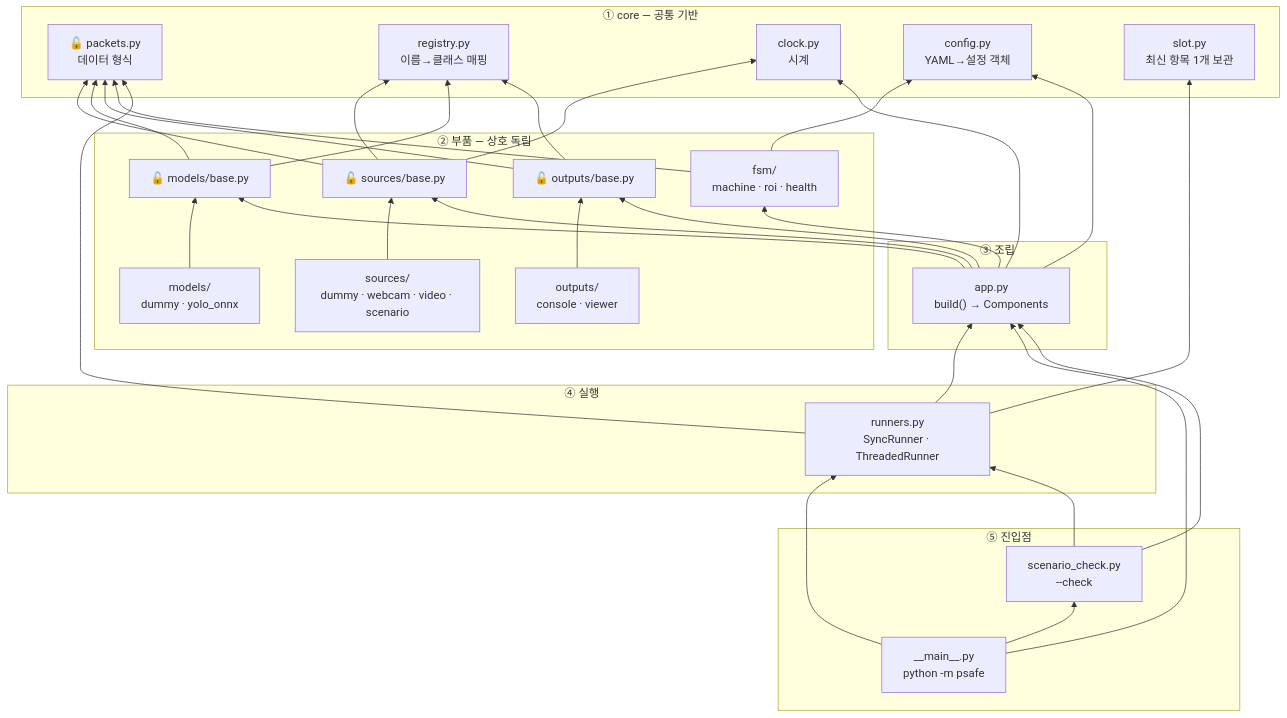
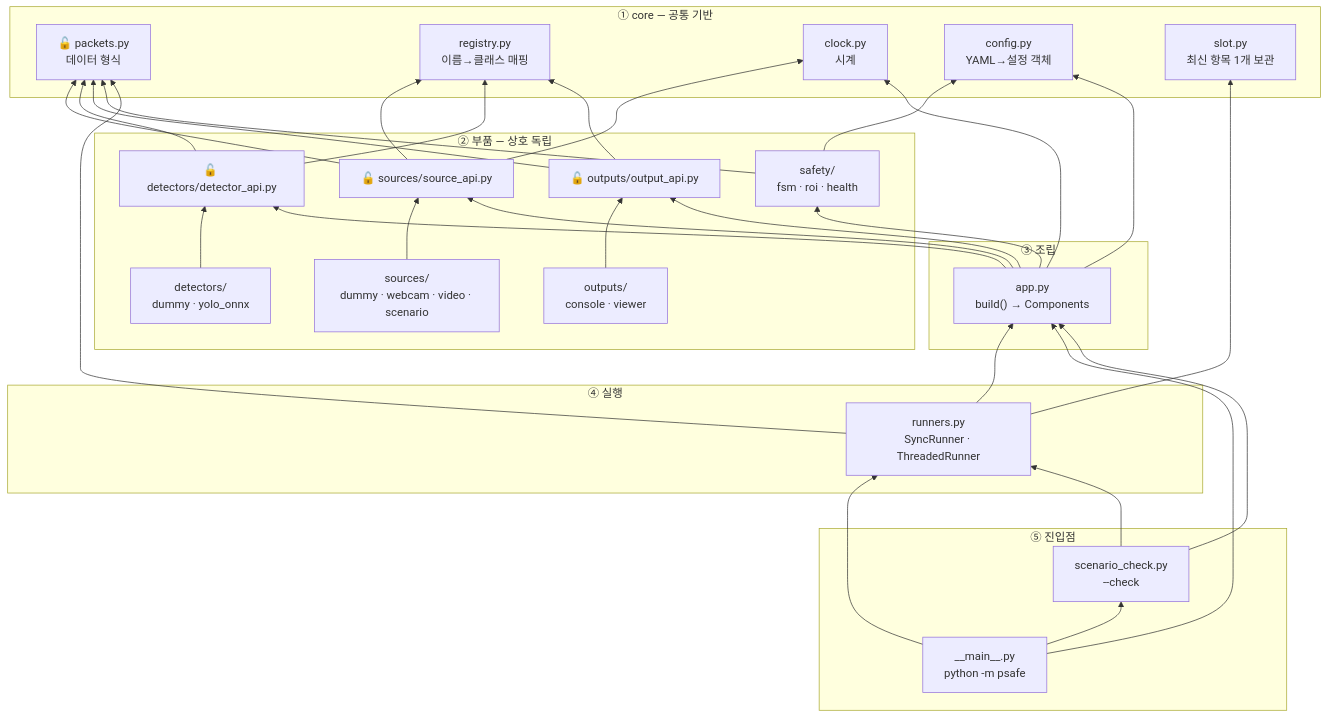
The second of 7 diagrams in docs/CODE_GUIDE.md (largeblueberry/MockOndeviceProject), drawn with Mermaid before and after one commit. The commit also changed other lines of this file and 38 other files, not shown here.

````diff
--- a/docs/CODE_GUIDE.md
+++ b/docs/CODE_GUIDE.md
@@ -49,46 +51,46 @@
 ```mermaid
 flowchart BT
     subgraph L0["① core — 공통 기반"]
         packets["🔓 packets.py<br/>데이터 형식"]
         registry["registry.py<br/>이름→클래스 매핑"]
         clock["clock.py<br/>시계"]
         config["config.py<br/>YAML→설정 객체"]
         slot["slot.py<br/>최신 항목 1개 보관"]
     end
 
     subgraph L1["② 부품 — 상호 독립"]
-        sbase["🔓 sources/base.py"]
-        mbase["🔓 models/base.py"]
-        obase["🔓 outputs/base.py"]
-        fsmpkg["fsm/<br/>machine · roi · health"]
+        sbase["🔓 sources/source_api.py"]
+        mbase["🔓 detectors/detector_api.py"]
+        obase["🔓 outputs/output_api.py"]
+        fsmpkg["safety/<br/>fsm · roi · health"]
         simpl["sources/<br/>dummy · webcam · video · scenario"]
-        mimpl["models/<br/>dummy · yolo_onnx"]
+        mimpl["detectors/<br/>dummy · yolo_onnx"]
         oimpl["outputs/<br/>console · viewer"]
     end
 
     subgraph L2["③ 조립"]
         app["app.py<br/>build() → Components"]
     end
 
     subgraph L3["④ 실행"]
         runners["runners.py<br/>SyncRunner · ThreadedRunner"]
     end
 
     subgraph L4["⑤ 진입점"]
         main["__main__.py<br/>python -m psafe"]
         scheck["scenario_check.py<br/>--check"]
     end
 
     sbase --> packets & registry & clock
     mbase --> packets & registry
     obase --> packets & registry
     fsmpkg --> packets & config
     simpl --> sbase
     mimpl --> mbase
     oimpl --> obase
 
     app --> config & clock & sbase & mbase & obase & fsmpkg
     runners --> app & slot & packets
     main --> app & runners & scheck
     scheck --> app & runners
 ```
````
